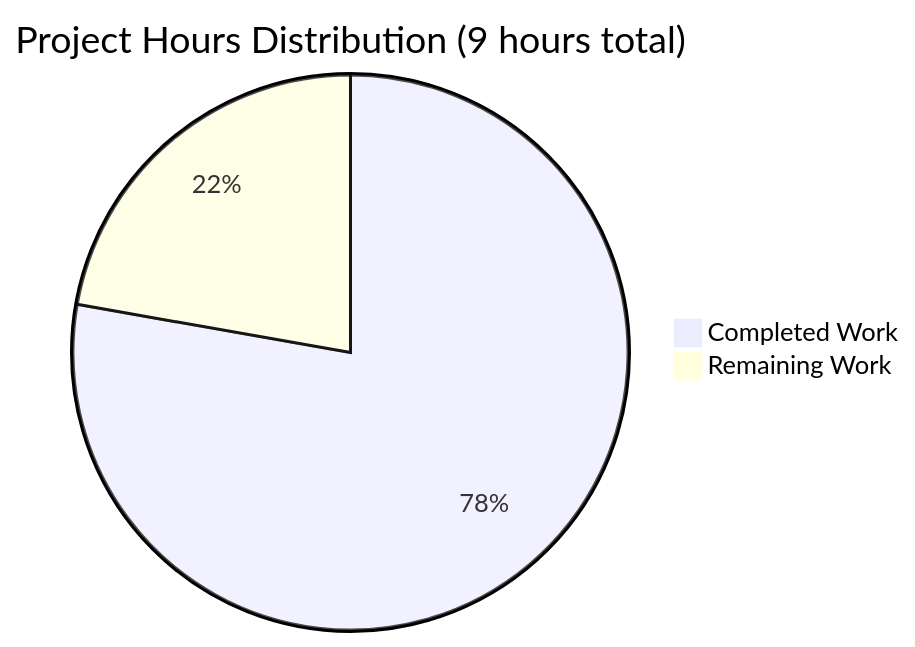
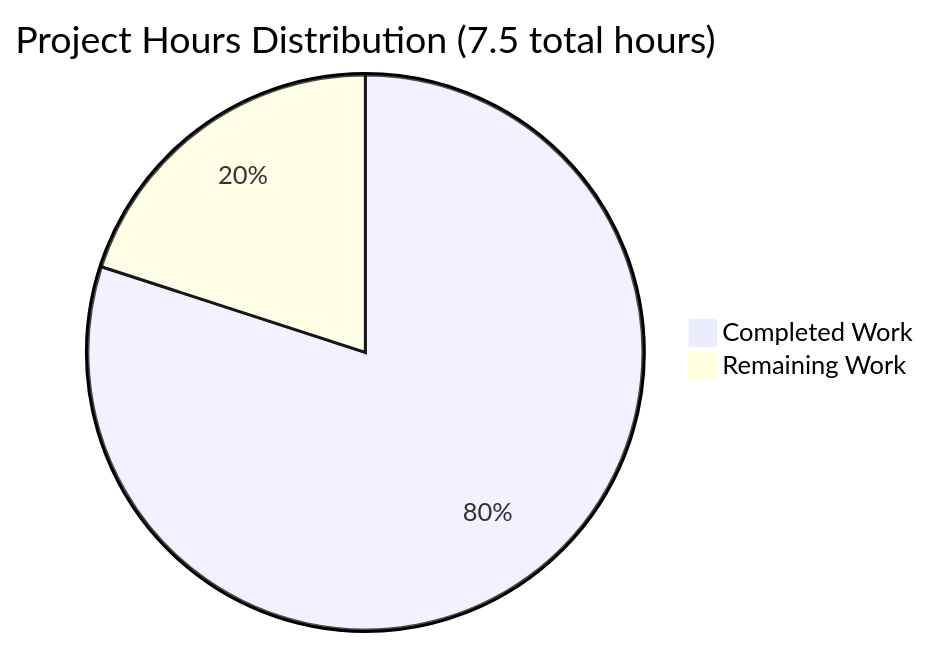
One commit to blitzytest02/Connectoldrepo changed the diagram in blitzy/documentation/Project Guide.md. Above: the diagram before and after it, drawn with Mermaid. The commit also changed other lines of this file, not shown here.

Commit message:
Adding Blitzy Project Guide: Project Status and Human Tasks Remaining

````diff
--- a/blitzy/documentation/Project Guide.md
+++ b/blitzy/documentation/Project Guide.md
@@ -102,5 +82,5 @@
 ```mermaid
-pie title Project Hours Distribution (9 hours total)
-    "Completed Work" : 7
-    "Remaining Work" : 2
+pie title Project Hours Distribution (7.5 total hours)
+    "Completed Work" : 6
+    "Remaining Work" : 1.5
 ```
````
